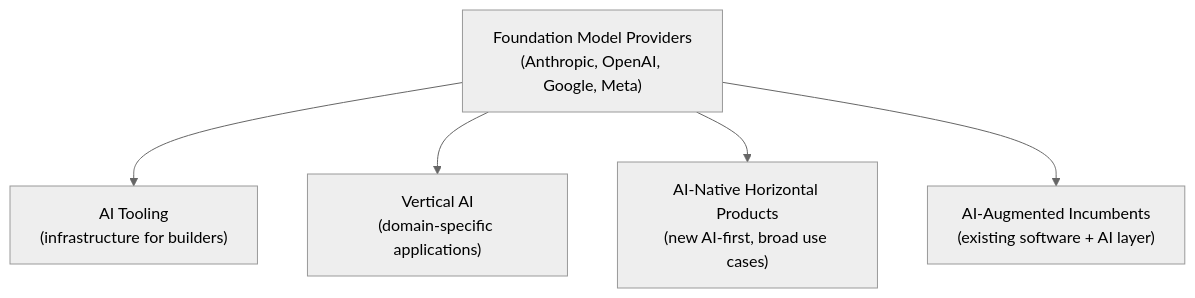
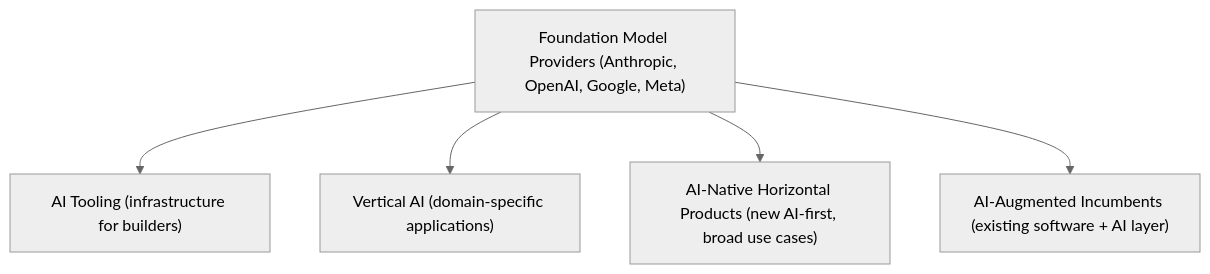
One commit to mjac-yue/ai-architecture-for-pms changed the first of 2 diagrams in module-02-ai-product-landscape.md. Above: the diagram before and after it, drawn with Mermaid (neutral theme). The commit also changed other lines of this file and 15 other files, not shown here.

First line of the commit message:
Remove HTML tags from Mermaid node labels for Obsidian compatibility

````diff
--- a/module-02-ai-product-landscape.md
+++ b/module-02-ai-product-landscape.md
@@ -13,13 +13,13 @@
 ```mermaid
 graph TD
-    F["Foundation Model Providers<br>(Anthropic, OpenAI, Google, Meta)"]
-    T["AI Tooling<br>(infrastructure for builders)"]
-    V["Vertical AI<br>(domain-specific applications)"]
-    H["AI-Native Horizontal Products<br>(new AI-first, broad use cases)"]
-    A["AI-Augmented Incumbents<br>(existing software + AI layer)"]
+    F["Foundation Model Providers (Anthropic, OpenAI, Google, Meta)"]
+    T["AI Tooling (infrastructure for builders)"]
+    V["Vertical AI (domain-specific applications)"]
+    H["AI-Native Horizontal Products (new AI-first, broad use cases)"]
+    A["AI-Augmented Incumbents (existing software + AI layer)"]
 
     F --> T
     F --> V
     F --> H
     F --> A
 ```
````
